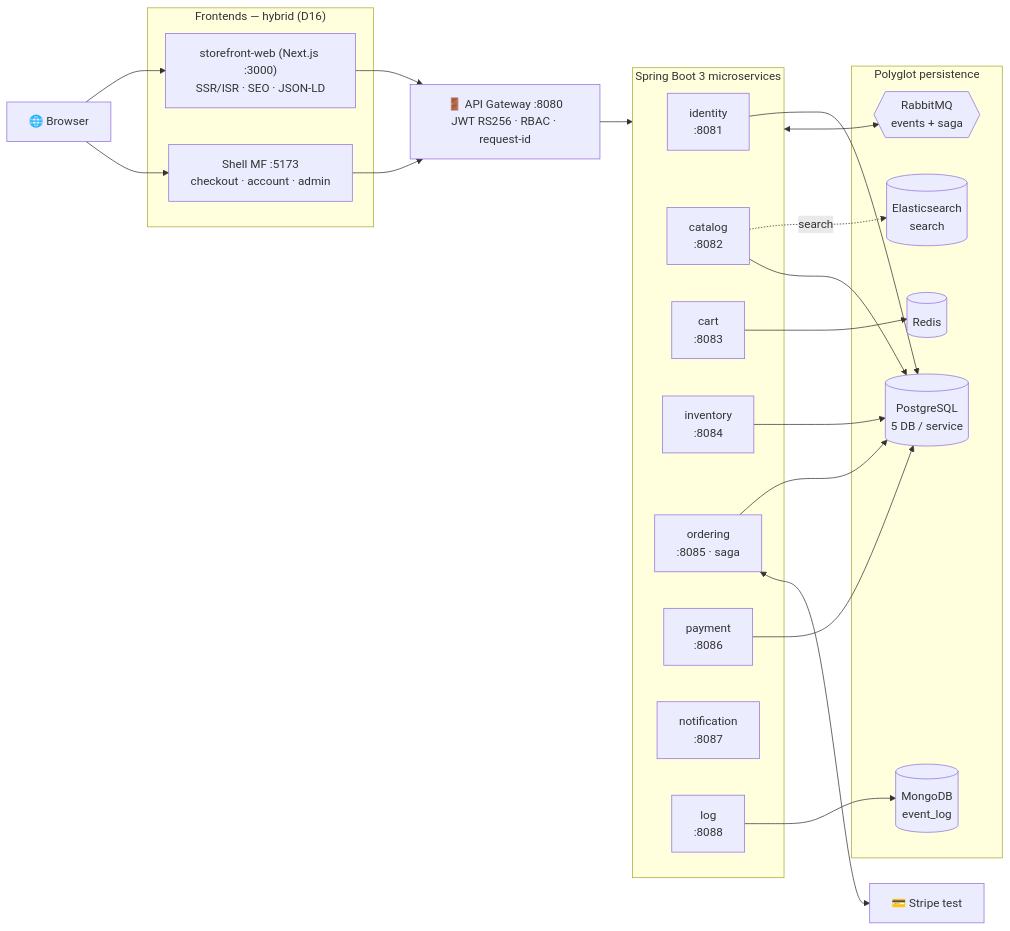
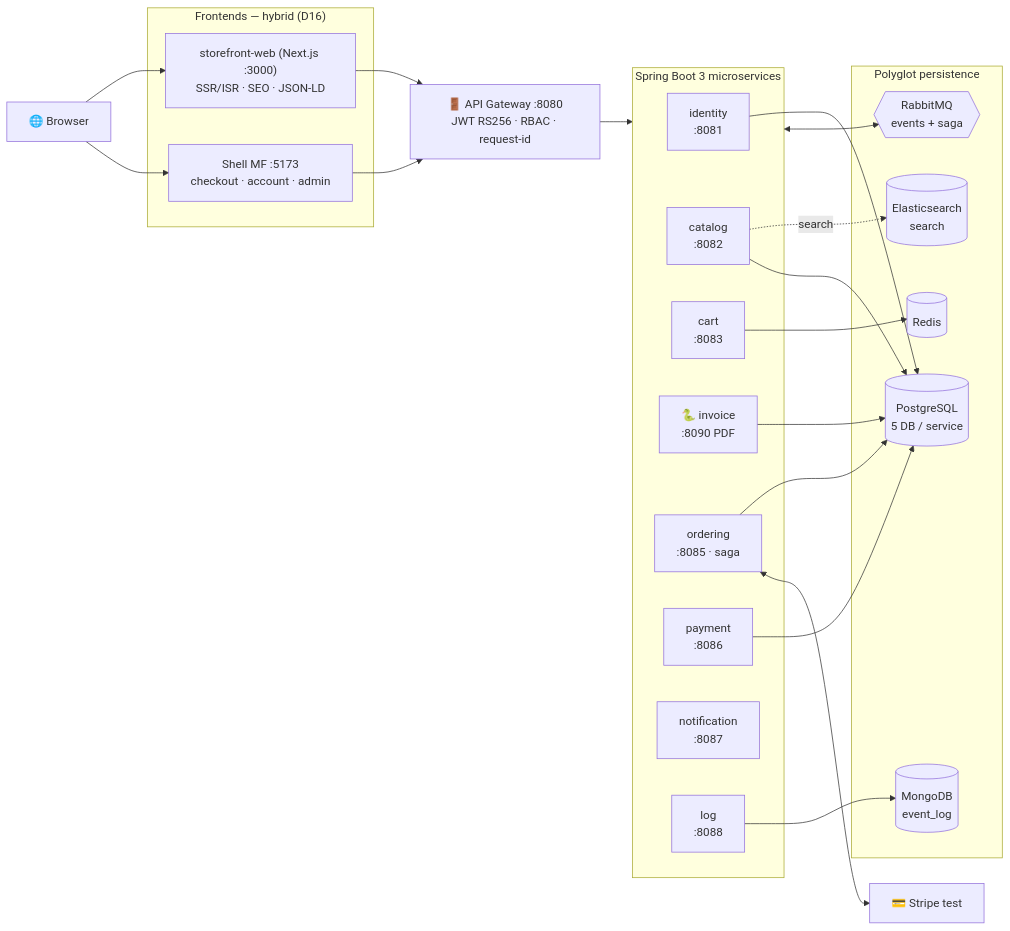
One commit to wakii-dev/ecommerce changed the diagram in README.md. Above: the diagram before and after it, drawn with Mermaid. The commit also changed other lines of this file and 4 other files, not shown here.

````diff
--- a/README.md
+++ b/README.md
@@ -19,39 +19,40 @@
 ```mermaid
 flowchart LR
     B["🌐 Browser"]
     subgraph FE["Frontends — hybrid (D16)"]
         NW["storefront-web (Next.js :3000)<br/>SSR/ISR · SEO · JSON-LD"]
         SHELL["Shell MF :5173<br/>checkout · account · admin"]
     end
     GW["🚪 API Gateway :8080<br/>JWT RS256 · RBAC · request-id"]
     subgraph SVC["Spring Boot 3 microservices"]
         ID["identity<br/>:8081"]
         CAT["catalog<br/>:8082"]
         CART["cart<br/>:8083"]
         INV["inventory<br/>:8084"]
         ORD["ordering<br/>:8085 · saga"]
         PAY["payment<br/>:8086"]
         NOTI["notification<br/>:8087"]
         LOG["log<br/>:8088"]
+        INV["🐍 invoice<br/>:8090 PDF"]
     end
     subgraph DS["Polyglot persistence"]
         PG[("PostgreSQL<br/>5 DB / service")]
         RD[("Redis")]
         ES[("Elasticsearch<br/>search")]
         MO[("MongoDB<br/>event_log")]
         MQ{{"RabbitMQ<br/>events + saga"}}
     end
     STR["💳 Stripe test"]
 
     B --> NW
     B --> SHELL
     NW --> GW
     SHELL --> GW
     GW --> SVC
     CAT -.search.-> ES
     ID & CAT & INV & ORD & PAY --> PG
     CART --> RD
     LOG --> MO
     SVC <--> MQ
     ORD <--> STR
 ```
````
